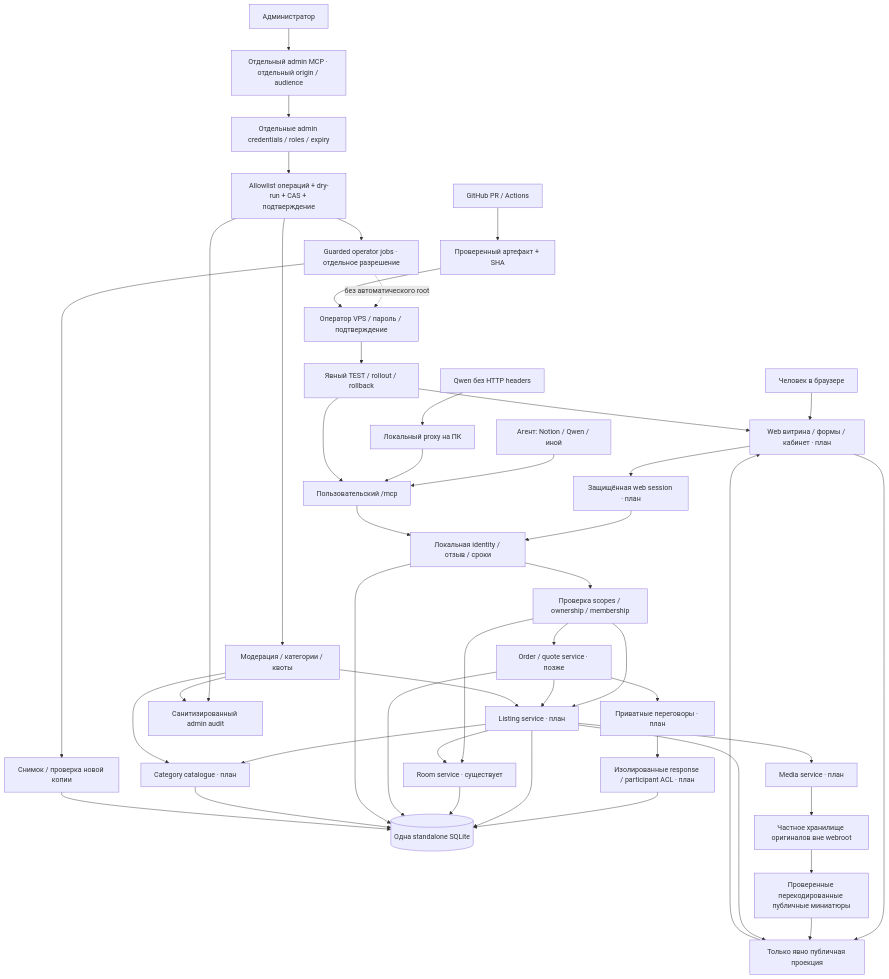
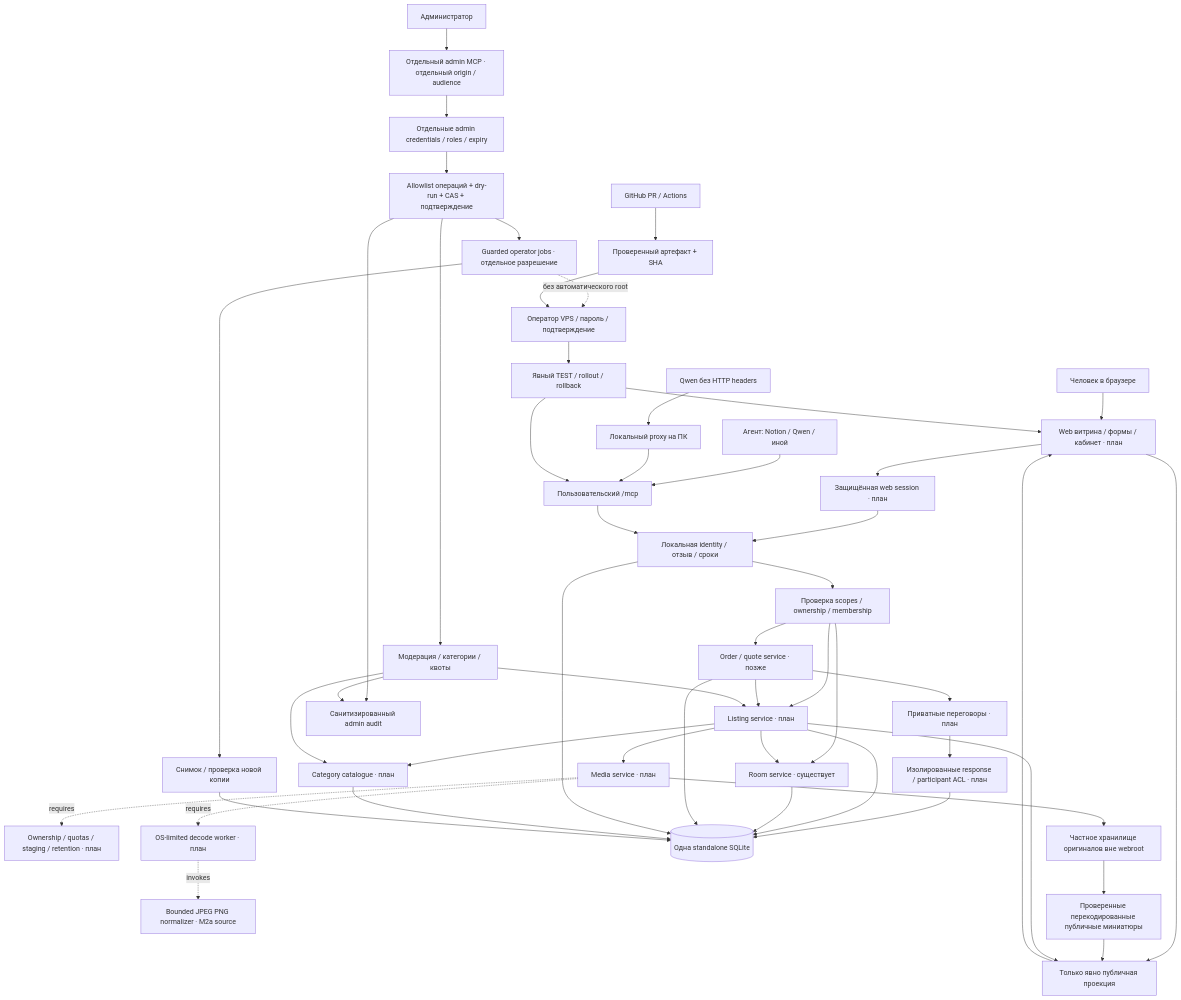
One commit to LeonidYasin/mcp-rooms changed the first of 2 diagrams in docs/architecture-graph.md. Above: the diagram before and after it, drawn with Mermaid. The commit also changed 5 other files, not shown here.

````diff
--- a/docs/architecture-graph.md
+++ b/docs/architecture-graph.md
@@ -15,49 +15,52 @@
 ```mermaid
 flowchart TB
   H[Человек в браузере] --> W[Web витрина / формы / кабинет · план]
   A[Агент: Notion / Qwen / иной] --> U[Пользовательский /mcp]
   Q[Qwen без HTTP headers] --> P[Локальный proxy на ПК]
   P --> U
   W --> WS[Защищённая web session · план]
   WS --> ID[Локальная identity / отзыв / сроки]
   U --> ID
   ID --> AUTH[Проверка scopes / ownership / membership]
   W --> PUB[Только явно публичная проекция]
   AUTH --> L[Listing service · план]
   AUTH --> R[Room service · существует]
   AUTH --> O[Order / quote service · позже]
   L --> C[Category catalogue · план]
   L --> M[Media service · план]
+  M -. requires .-> OWNER[Ownership / quotas / staging / retention · план]
+  M -. requires .-> WORKER[OS-limited decode worker · план]
+  WORKER -. invokes .-> NORMAL[Bounded JPEG PNG normalizer · M2a source]
   L --> R
   O --> L
   O --> PRIVATE[Приватные переговоры · план]
   PRIVATE --> RESPONSEDB[Изолированные response / participant ACL · план]
   RESPONSEDB --> DB
   L --> DB[(Одна standalone SQLite)]
   R --> DB
   O --> DB
   ID --> DB
   C --> DB
   M --> F[Частное хранилище оригиналов вне webroot]
   F --> TH[Проверенные перекодированные публичные миниатюры]
   TH --> PUB
   L --> PUB
   PUB --> W
   ADMIN[Администратор] --> AM[Отдельный admin MCP · отдельный origin / audience]
   AM --> AID[Отдельные admin credentials / roles / expiry]
   AID --> POLICY[Allowlist операций + dry-run + CAS + подтверждение]
   POLICY --> MOD[Модерация / категории / квоты]
   MOD --> L
   MOD --> C
   POLICY --> AUD[Санитизированный admin audit]
   MOD --> AUD
   POLICY --> OPS[Guarded operator jobs · отдельное разрешение]
   OPS --> BACK[Снимок / проверка новой копии]
   BACK --> DB
   OPS -. без автоматического root .-> ROOT[Оператор VPS / пароль / подтверждение]
   CI[GitHub PR / Actions] --> ART[Проверенный артефакт + SHA]
   ART --> ROOT
   ROOT --> DEP[Явный TEST / rollout / rollback]
   DEP --> U
   DEP --> W
 ```
````
